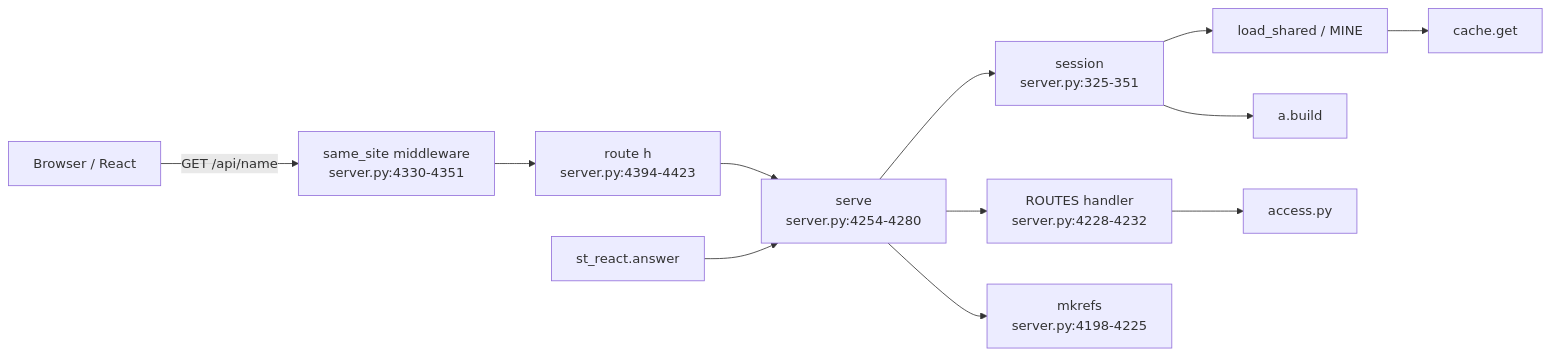
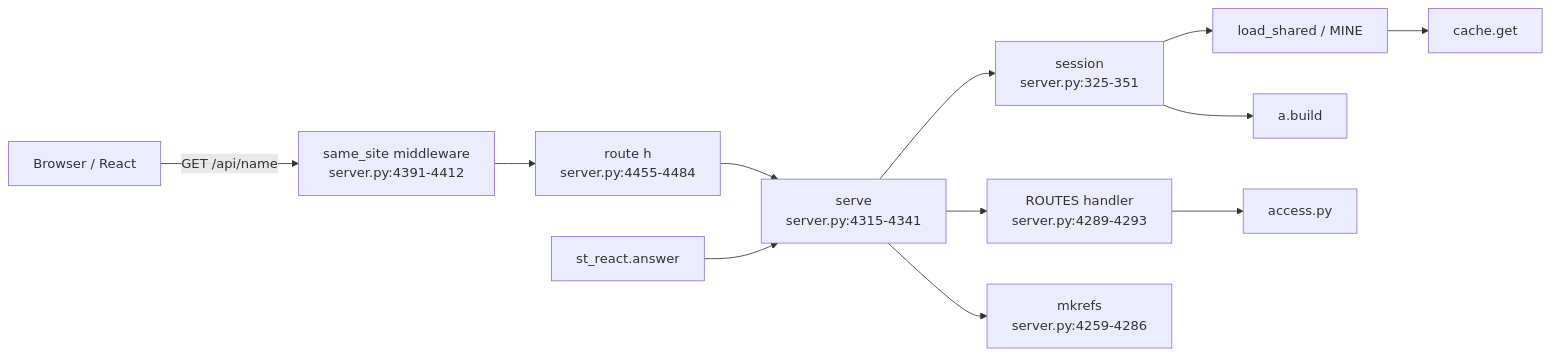
Before and after one commit to darshanmeel/snowflake-access-explorer: the first of 2 diagrams in snowflake-access-explorer-knowledge-graph/modules/server.md, drawn with Mermaid. The commit also changed other lines of this file and 90 other files, not shown here.

Commit message:
Knowledge graph: up to date with the left-nav sections, Can they?, Compare, What if and risk tables

````diff
--- a/snowflake-access-explorer-knowledge-graph/modules/server.md
+++ b/snowflake-access-explorer-knowledge-graph/modules/server.md
@@ -6,14 +6,14 @@
 ```mermaid
 flowchart LR
-  B[Browser / React] -->|GET /api/name| MW[same_site middleware<br/>server.py:4330-4351]
-  MW --> R[route h<br/>server.py:4394-4423]
-  R --> SV[serve<br/>server.py:4254-4280]
+  B[Browser / React] -->|GET /api/name| MW[same_site middleware<br/>server.py:4391-4412]
+  MW --> R[route h<br/>server.py:4455-4484]
+  R --> SV[serve<br/>server.py:4315-4341]
   SV --> SE[session<br/>server.py:325-351]
   SE --> LS[load_shared / MINE]
   LS --> C[cache.get]
   SE --> AB[a.build]
-  SV --> H[ROUTES handler<br/>server.py:4228-4232]
+  SV --> H[ROUTES handler<br/>server.py:4289-4293]
   H --> A[access.py]
-  SV --> MK[mkrefs<br/>server.py:4198-4225]
+  SV --> MK[mkrefs<br/>server.py:4259-4286]
   ST[st_react.answer] --> SV
 ```
````
